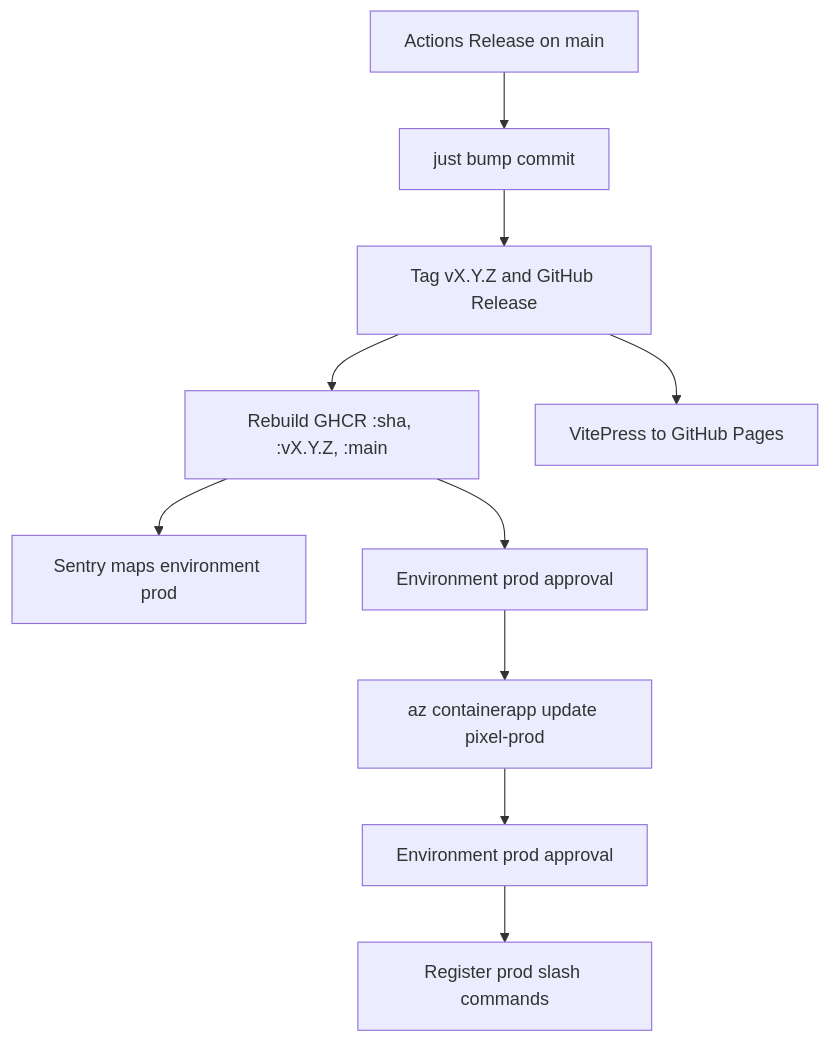
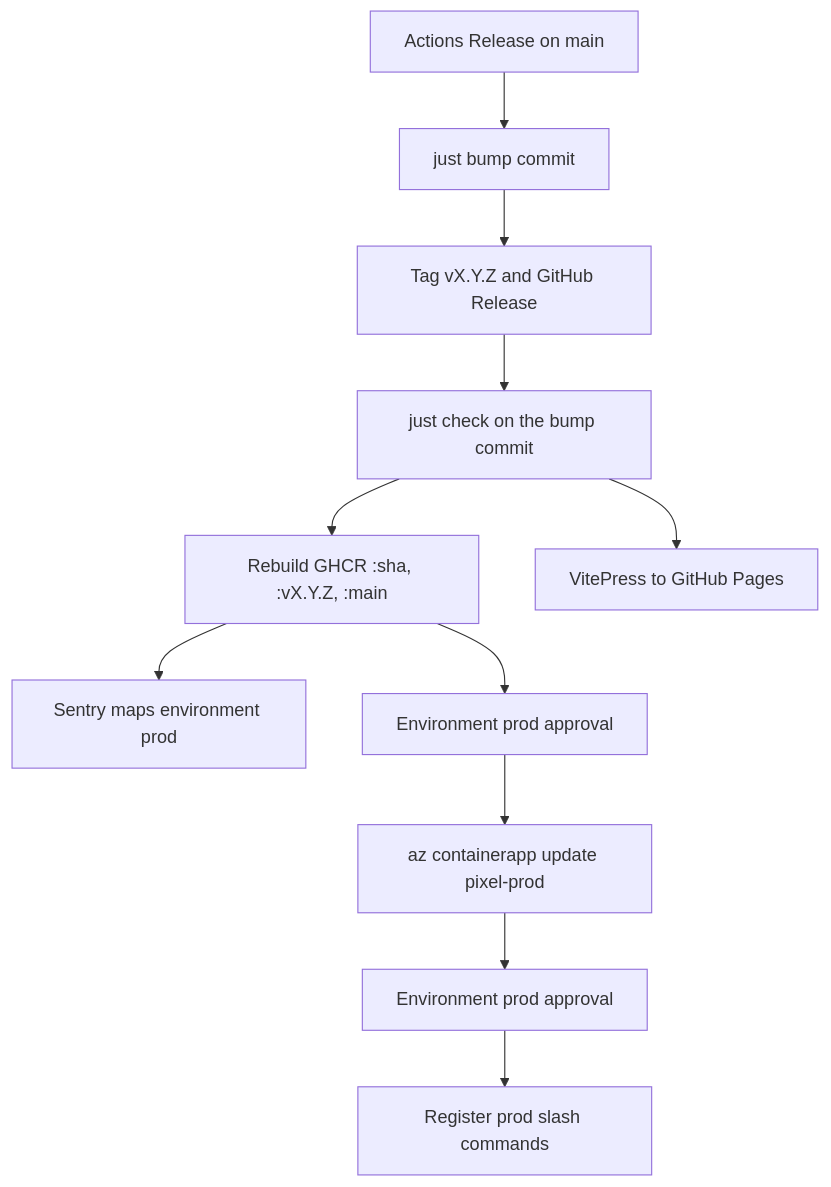
The third of 3 diagrams in docs/runbook.md (pixelbar/pixel), drawn with Mermaid before and after one commit. The commit also changed other lines of this file and 4 other files, not shown here.

First line of the commit message:
Stop CD losing images and gate Release on just check

````diff
--- a/docs/runbook.md
+++ b/docs/runbook.md
@@ -495,13 +496,14 @@
 ```mermaid
 flowchart TD
   human[Actions Release on main]
   human --> bump[just bump commit]
   bump --> tag[Tag vX.Y.Z and GitHub Release]
-  tag --> img["Rebuild GHCR :sha, :vX.Y.Z, :main"]
+  tag --> check[just check on the bump commit]
+  check --> img["Rebuild GHCR :sha, :vX.Y.Z, :main"]
   img --> sentry[Sentry maps environment prod]
   img --> approve[Environment prod approval]
   approve --> roll[az containerapp update pixel-prod]
   roll --> approve2[Environment prod approval]
   approve2 --> register[Register prod slash commands]
-  tag --> pages[VitePress to GitHub Pages]
+  check --> pages[VitePress to GitHub Pages]
 ```
````
